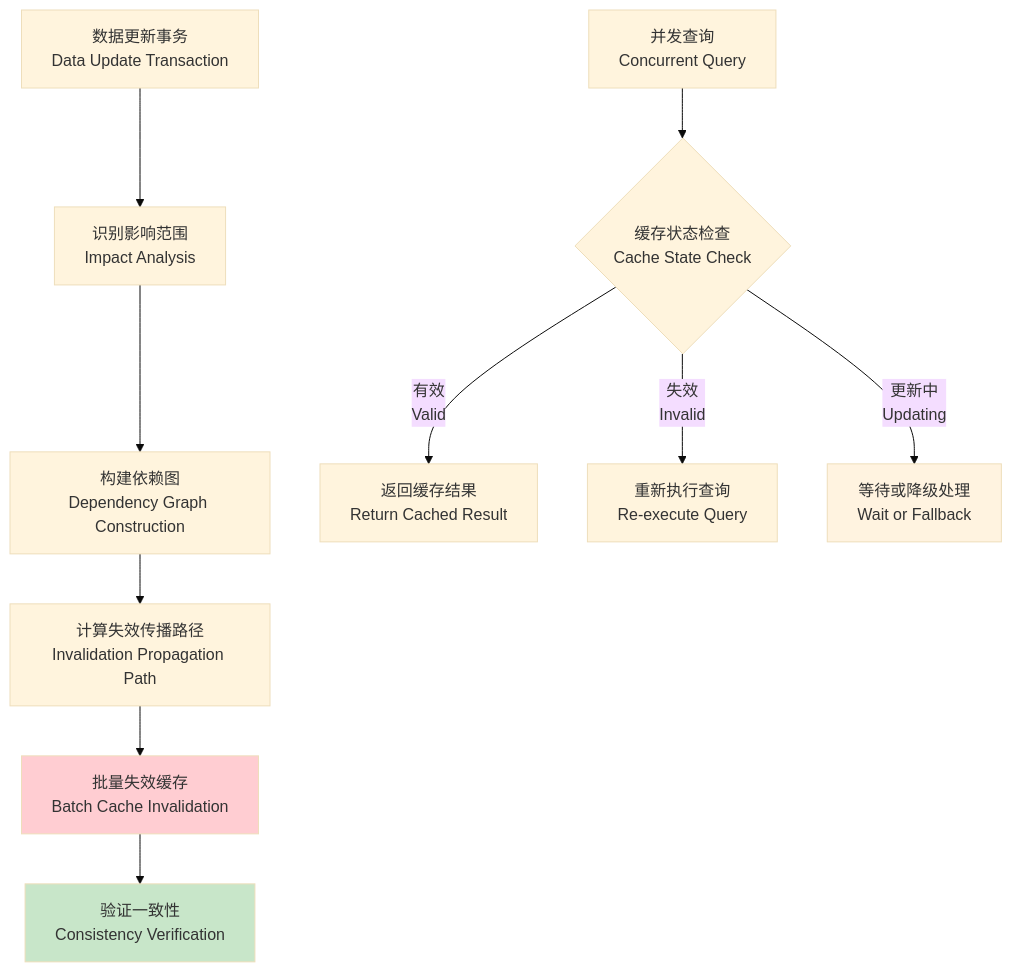
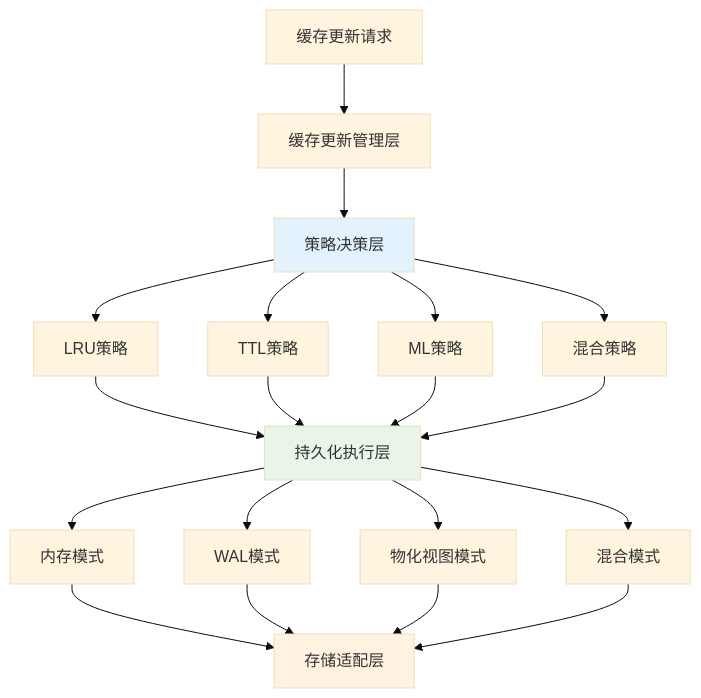
One commit to crazypenguincode/duckdb changed the first of 3 diagrams in md/第四章-动态缓存更新技术与持久化技术.md. Above: the diagram before and after it, drawn with Mermaid (base theme). The commit also changed other lines of this file and 4 other files, not shown here.

````diff
--- a/md/第四章-动态缓存更新技术与持久化技术.md
+++ b/md/第四章-动态缓存更新技术与持久化技术.md
@@ -28,17 +11,25 @@
 ```mermaid
-graph TD
-    A[数据更新事务<br/>Data Update Transaction] --> B[识别影响范围<br/>Impact Analysis]
-    B --> C[构建依赖图<br/>Dependency Graph Construction]
-    C --> D[计算失效传播路径<br/>Invalidation Propagation Path]
-    D --> E[批量失效缓存<br/>Batch Cache Invalidation]
-    E --> F[验证一致性<br/>Consistency Verification]
+graph TB
+    A[缓存更新请求] --> B[缓存更新管理层]
+    B --> C[策略决策层]
+    C --> D[LRU策略]
+    C --> E[TTL策略]
+    C --> F[ML策略]
+    C --> G[混合策略]
+    D --> H[持久化执行层]
+    E --> H
+    F --> H
+    G --> H
+    H --> I[内存模式]
+    H --> J[WAL模式]
+    H --> K[物化视图模式]
+    H --> L[混合模式]
+    I --> M[存储适配层]
+    J --> M
+    K --> M
+    L --> M
     
-    G[并发查询<br/>Concurrent Query] --> H{缓存状态检查<br/>Cache State Check}
-    H --> |有效<br/>Valid| I[返回缓存结果<br/>Return Cached Result]
-    H --> |失效<br/>Invalid| J[重新执行查询<br/>Re-execute Query]
-    H --> |更新中<br/>Updating| K[等待或降级处理<br/>Wait or Fallback]
-    
-    style E fill:#ffcdd2
-    style F fill:#c8e6c9
-    style K fill:#fff3e0
+    style C fill:#e3f2fd
+    style H fill:#e8f5e8
+    style M fill:#fff3e0
 ```
````
